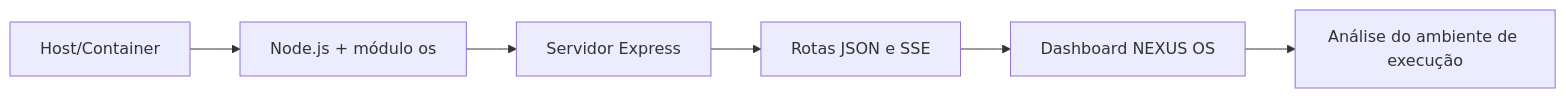
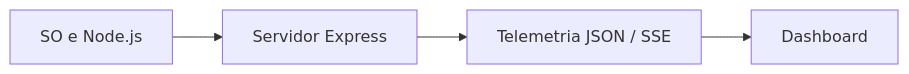
The diagram in README.md (theroven79-droid/SISTEMAS-OPERACIONAIS), drawn with Mermaid before and after one commit. The commit also changed other lines of this file, not shown here.

````diff
--- a/README.md
+++ b/README.md
@@ -145,8 +36,6 @@
 ```mermaid
 flowchart LR
-    A["Host/Container"] --> B["Node.js + módulo os"]
-    B --> C["Servidor Express"]
-    C --> D["Rotas JSON e SSE"]
-    D --> E["Dashboard NEXUS OS"]
-    E --> F["Análise do ambiente de execução"]
+    A[SO e Node.js] --> B[Servidor Express]
+    B --> C[Telemetria JSON / SSE]
+    C --> D[Dashboard]
 ```
````
